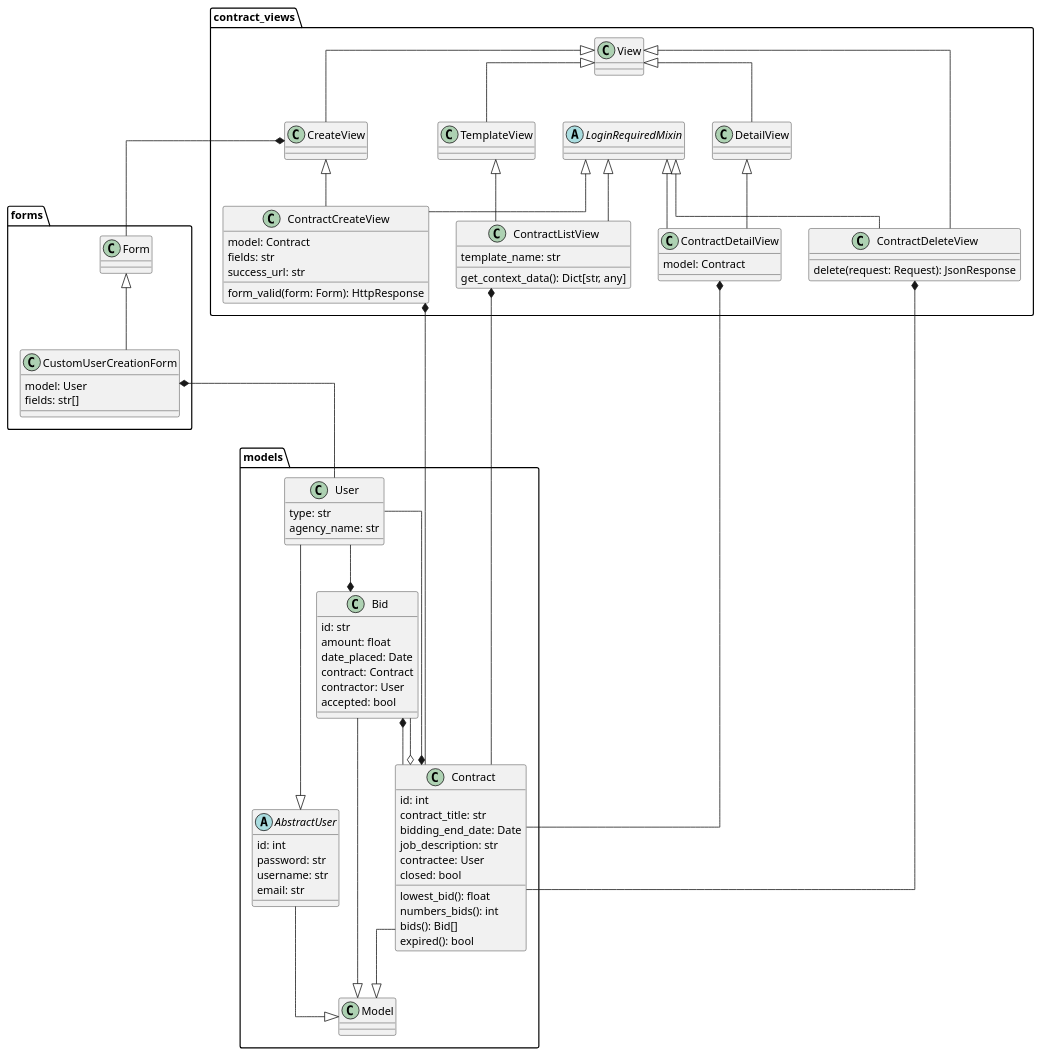
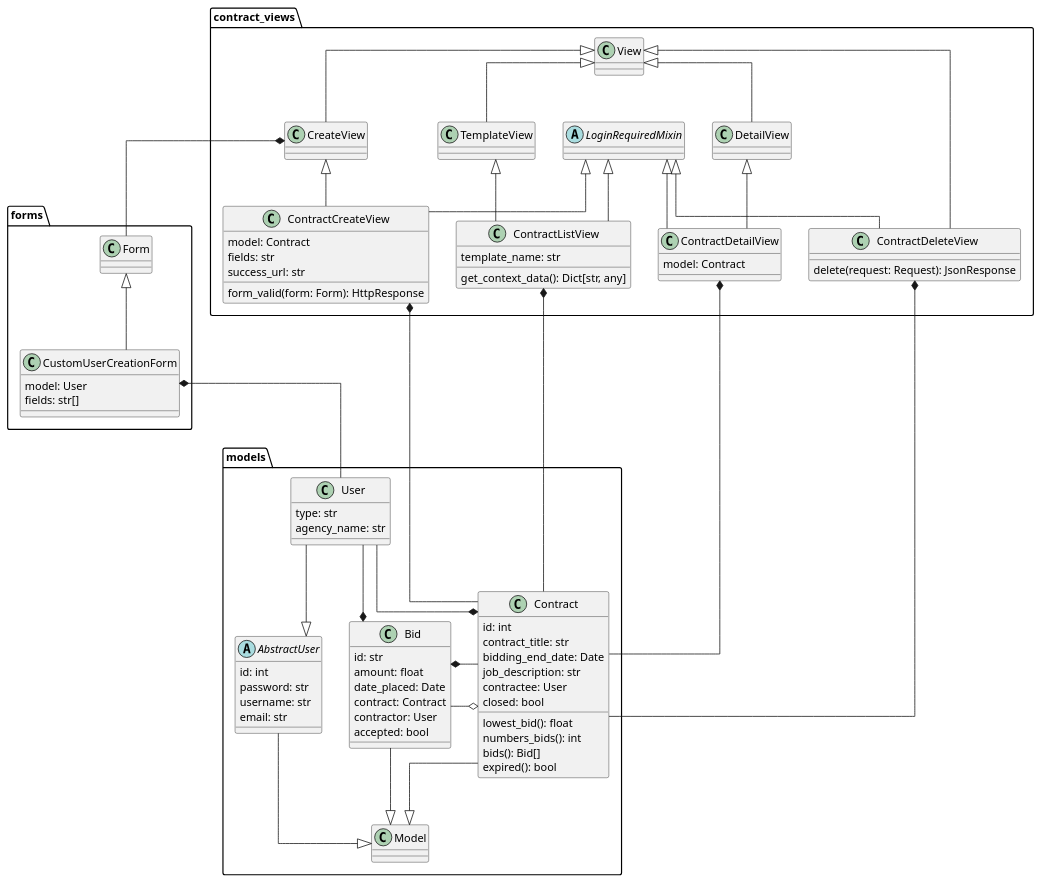
One commit to mrhaffner/job_bidding_board changed the diagram in diagrams/class_diagram_contract.puml. Above: the diagram before and after it, drawn with PlantUML.

Commit message:
formatting

```diff
--- a/diagrams/class_diagram_contract.puml
+++ b/diagrams/class_diagram_contract.puml
@@ -1,111 +1,111 @@
 @startuml class_diagram
 skinparam linetype ortho
 package "models" {
  class Model {}
 
  class Bid {
  id: str
  amount: float
  date_placed: Date
  contract: Contract
  contractor: User
  accepted: bool
  } 
 
  class Contract {
  id: int
  contract_title: str
  bidding_end_date: Date
  job_description: str
  contractee: User
 closed: bool
  lowest_bid(): float
  numbers_bids(): int
  bids(): Bid[]
  expired(): bool
  } 
 
  class User {
  type: str
  agency_name: str
  } 
 
  abstract class AbstractUser{
  id: int
  password: str
  username: str
  email: str
  }
  
  Bid --|> Model
  Contract --|> Model
  AbstractUser --|> Model
  User --|> AbstractUser
- Bid *-- Contract
+ Bid *-r- Contract
  Bid --o Contract
  User --* Contract
  User --* Bid
  }
 
 package "contract_views" {
 class View {}
 class CreateView {}
 class TemplateView {}
 class DetailView {}
 abstract class LoginRequiredMixin {}
 
 class ContractListView {
  template_name: str
  get_context_data(): Dict[str, any]
 }
 
 class ContractCreateView {
 model: Contract
 fields: str
 success_url: str
 form_valid(form: Form): HttpResponse
 }
 
 class ContractDetailView {
 model: Contract
 }
 
 class ContractDeleteView {
     delete(request: Request): JsonResponse
 }
 
 View <|-- CreateView
 View <|-- DetailView
 View <|-- TemplateView
 View <|-- ContractDeleteView
 DetailView <|-- ContractDetailView
 TemplateView <|-- ContractListView
 CreateView <|-- ContractCreateView
 
 LoginRequiredMixin <|-- ContractDetailView
 LoginRequiredMixin <|-- ContractListView
 LoginRequiredMixin <|-- ContractCreateView
 LoginRequiredMixin <|-- ContractDeleteView
 
 
 ContractCreateView *-- Contract
 ContractListView *-- Contract
 ContractDetailView *-- Contract
 ContractDeleteView *-- Contract
 }
 
 package "forms" {
 class Form {}
 
 class CustomUserCreationForm {
 model: User
 fields: str[]
 }
 
 Form <|-- CustomUserCreationForm
 }
 
 CustomUserCreationForm *-- User
 CreateView *-- Form
 
 @enduml
```
